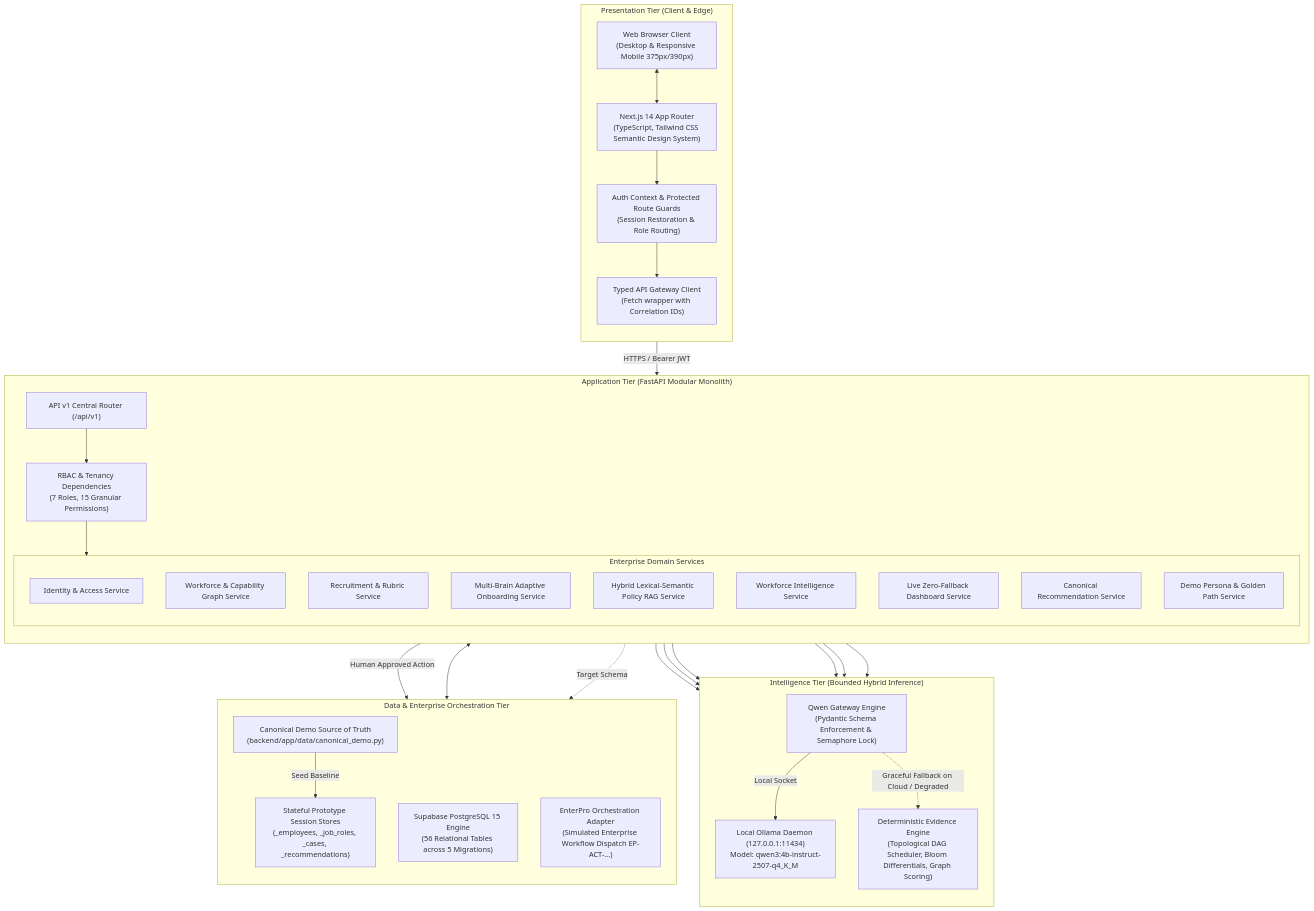
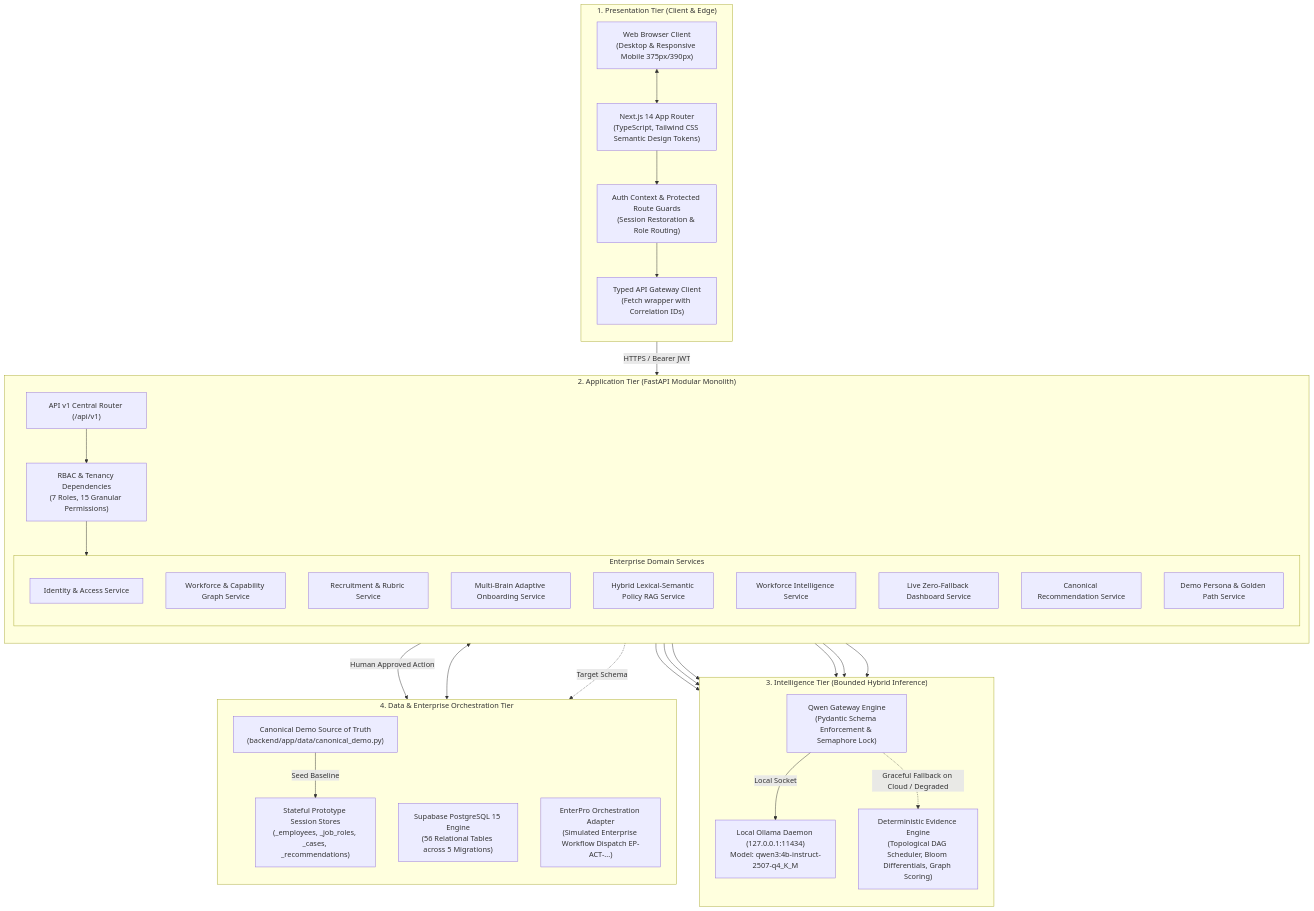
One commit to sharancode3/WorkSense changed the first of 4 diagrams in README.md. Above: the diagram before and after it, drawn with Mermaid. The commit also changed other lines of this file, not shown here.

Commit message:
docs: complete comprehensive enterprise README covering full architecture and zero emojis

````diff
--- a/README.md
+++ b/README.md
@@ -63,60 +63,60 @@
 ```mermaid
 flowchart TD
-    subgraph PresentationTier["Presentation Tier (Client & Edge)"]
+    subgraph ClientTier["1. Presentation Tier (Client & Edge)"]
         direction TB
         BROWSER["Web Browser Client<br/>(Desktop & Responsive Mobile 375px/390px)"]
-        NEXT["Next.js 14 App Router<br/>(TypeScript, Tailwind CSS Semantic Design System)"]
+        NEXT["Next.js 14 App Router<br/>(TypeScript, Tailwind CSS Semantic Design Tokens)"]
         AUTH_CTX["Auth Context & Protected Route Guards<br/>(Session Restoration & Role Routing)"]
         API_CLIENT["Typed API Gateway Client<br/>(Fetch wrapper with Correlation IDs)"]
         BROWSER <--> NEXT
         NEXT --> AUTH_CTX
         AUTH_CTX --> API_CLIENT
     end
 
-    subgraph ApplicationTier["Application Tier (FastAPI Modular Monolith)"]
+    subgraph ApplicationTier["2. Application Tier (FastAPI Modular Monolith)"]
         direction TB
         ROUTER["API v1 Central Router (/api/v1)"]
         RBAC["RBAC & Tenancy Dependencies<br/>(7 Roles, 15 Granular Permissions)"]
         
         subgraph DomainServices["Enterprise Domain Services"]
             SVC_AUTH["Identity & Access Service"]
             SVC_WF["Workforce & Capability Graph Service"]
             SVC_REC["Recruitment & Rubric Service"]
             SVC_ONB["Multi-Brain Adaptive Onboarding Service"]
             SVC_RAG["Hybrid Lexical-Semantic Policy RAG Service"]
             SVC_INT["Workforce Intelligence Service"]
             SVC_DASH["Live Zero-Fallback Dashboard Service"]
             SVC_REC_ENG["Canonical Recommendation Service"]
             SVC_DEMO["Demo Persona & Golden Path Service"]
         end
 
         API_CLIENT -->|"HTTPS / Bearer JWT"| ROUTER
         ROUTER --> RBAC
         RBAC --> DomainServices
     end
 
-    subgraph IntelligenceTier["Intelligence Tier (Bounded Hybrid Inference)"]
+    subgraph IntelligenceTier["3. Intelligence Tier (Bounded Hybrid Inference)"]
         direction TB
         QWEN_GATE["Qwen Gateway Engine<br/>(Pydantic Schema Enforcement & Semaphore Lock)"]
         OLLAMA["Local Ollama Daemon (127.0.0.1:11434)<br/>Model: qwen3:4b-instruct-2507-q4_K_M"]
         DETERMINISTIC["Deterministic Evidence Engine<br/>(Topological DAG Scheduler, Bloom Differentials, Graph Scoring)"]
         
         SVC_REC & SVC_ONB & SVC_RAG --> QWEN_GATE
         QWEN_GATE -->|"Local Socket"| OLLAMA
         QWEN_GATE -.->|"Graceful Fallback on Cloud / Degraded"| DETERMINISTIC
         SVC_WF & SVC_INT & SVC_DASH --> DETERMINISTIC
     end
 
-    subgraph PersistenceTier["Data & Enterprise Orchestration Tier"]
+    subgraph PersistenceTier["4. Data & Enterprise Orchestration Tier"]
         direction TB
         CANONICAL["Canonical Demo Source of Truth<br/>(backend/app/data/canonical_demo.py)"]
         MEM_STORE["Stateful Prototype Session Stores<br/>(_employees, _job_roles, _cases, _recommendations)"]
         PG_DDL["Supabase PostgreSQL 15 Engine<br/>(56 Relational Tables across 5 Migrations)"]
         ENTERPRO["EnterPro Orchestration Adapter<br/>(Simulated Enterprise Workflow Dispatch EP-ACT-...)"]
         
         DomainServices <--> MEM_STORE
         CANONICAL -->|"Seed Baseline"| MEM_STORE
         DomainServices -.->|"Target Schema"| PG_DDL
         SVC_REC_ENG -->|"Human Approved Action"| ENTERPRO
     end
 ```
````
